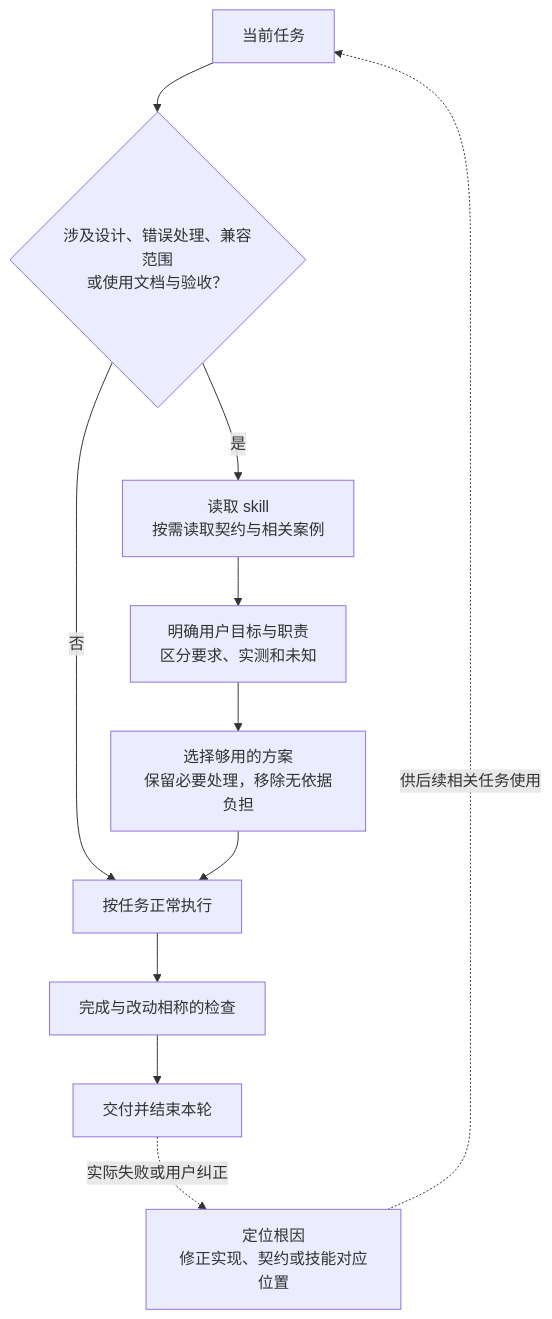
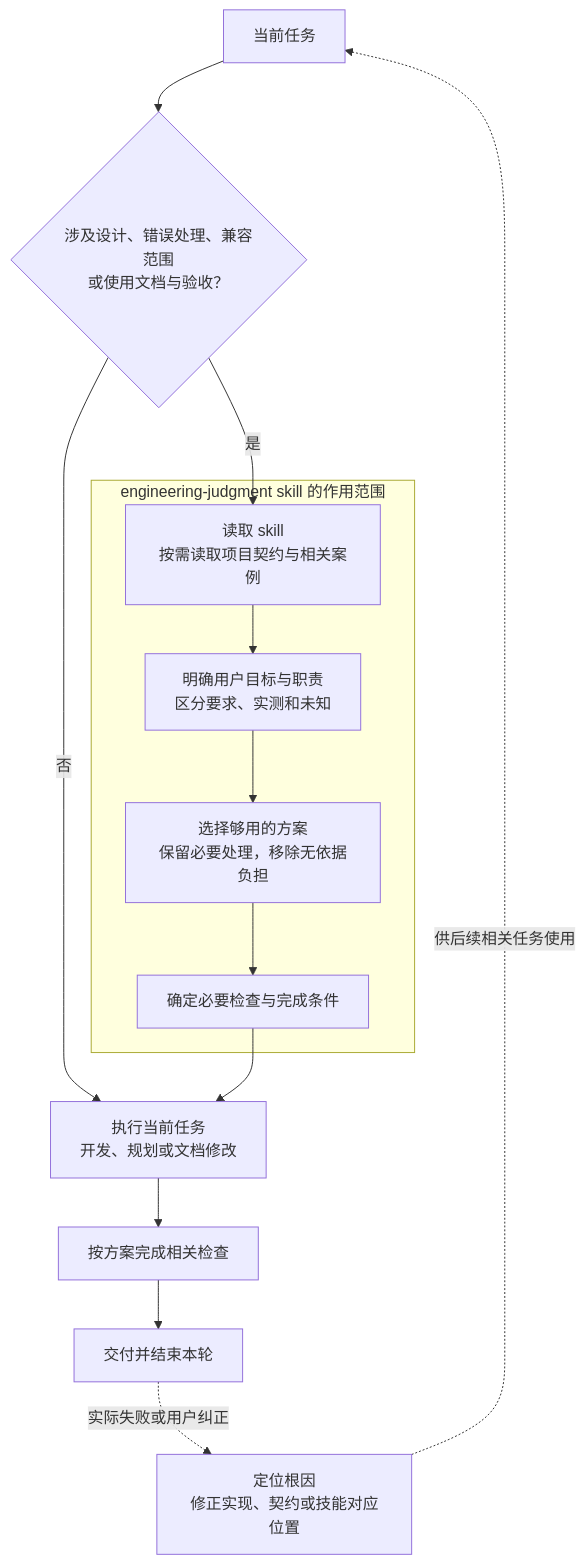
The diagram in devDoc/tasks/20261110-engineering-judgment/plan.md (YS-Pan/basePack), drawn with Mermaid before and after one commit. The commit also changed other lines of this file, not shown here.

Commit message:
docs: clarify skill scope in complete flowchart

````diff
--- a/devDoc/tasks/20261110-engineering-judgment/plan.md
+++ b/devDoc/tasks/20261110-engineering-judgment/plan.md
@@ -46,13 +46,19 @@
 ```mermaid
 flowchart TB
     A["当前任务"] --> B{"涉及设计、错误处理、兼容范围<br/>或使用文档与验收？"}
-    B -->|否| H["按任务正常执行"]
-    B -->|是| C["读取 skill<br/>按需读取契约与相关案例"]
-    C --> D["明确用户目标与职责<br/>区分要求、实测和未知"]
-    D --> E["选择够用的方案<br/>保留必要处理，移除无依据负担"]
-    E --> H
-    H --> I["完成与改动相称的检查"]
+    B -->|否| H["执行当前任务<br/>开发、规划或文档修改"]
+    B -->|是| C
+
+    subgraph S["engineering-judgment skill 的作用范围"]
+        C["读取 skill<br/>按需读取项目契约与相关案例"]
+        C --> D["明确用户目标与职责<br/>区分要求、实测和未知"]
+        D --> E["选择够用的方案<br/>保留必要处理，移除无依据负担"]
+        E --> F["确定必要检查与完成条件"]
+    end
+
+    F --> H
+    H --> I["按方案完成相关检查"]
     I --> J["交付并结束本轮"]
     J -.->|实际失败或用户纠正| K["定位根因<br/>修正实现、契约或技能对应位置"]
     K -.->|供后续相关任务使用| A
 ```
````
